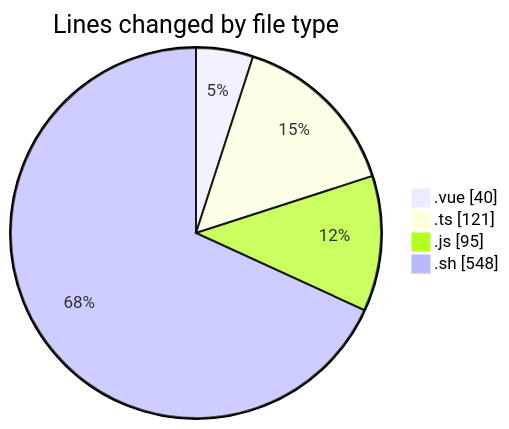
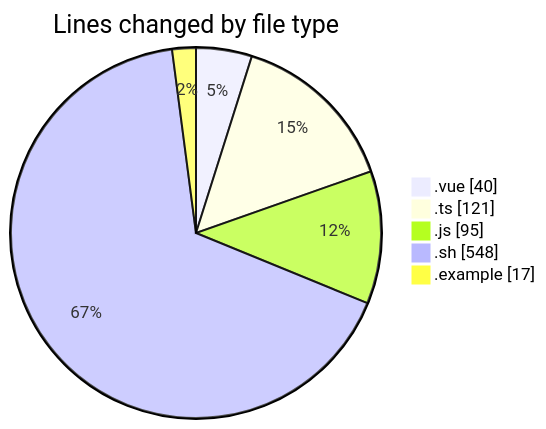
One commit to lephambinh05/code-tracking changed the first of 2 diagrams in 2025-08-19/rentotp/README.md. Above: the diagram before and after it, drawn with Mermaid. The commit also changed other lines of this file and 1 other file, not shown here.

````diff
--- a/2025-08-19/rentotp/README.md
+++ b/2025-08-19/rentotp/README.md
@@ -30,8 +31,9 @@
 ```mermaid
 pie showData
 title Lines changed by file type
 ".vue" : 40
 ".ts" : 121
 ".js" : 95
 ".sh" : 548
+".example" : 17
 ```
````
